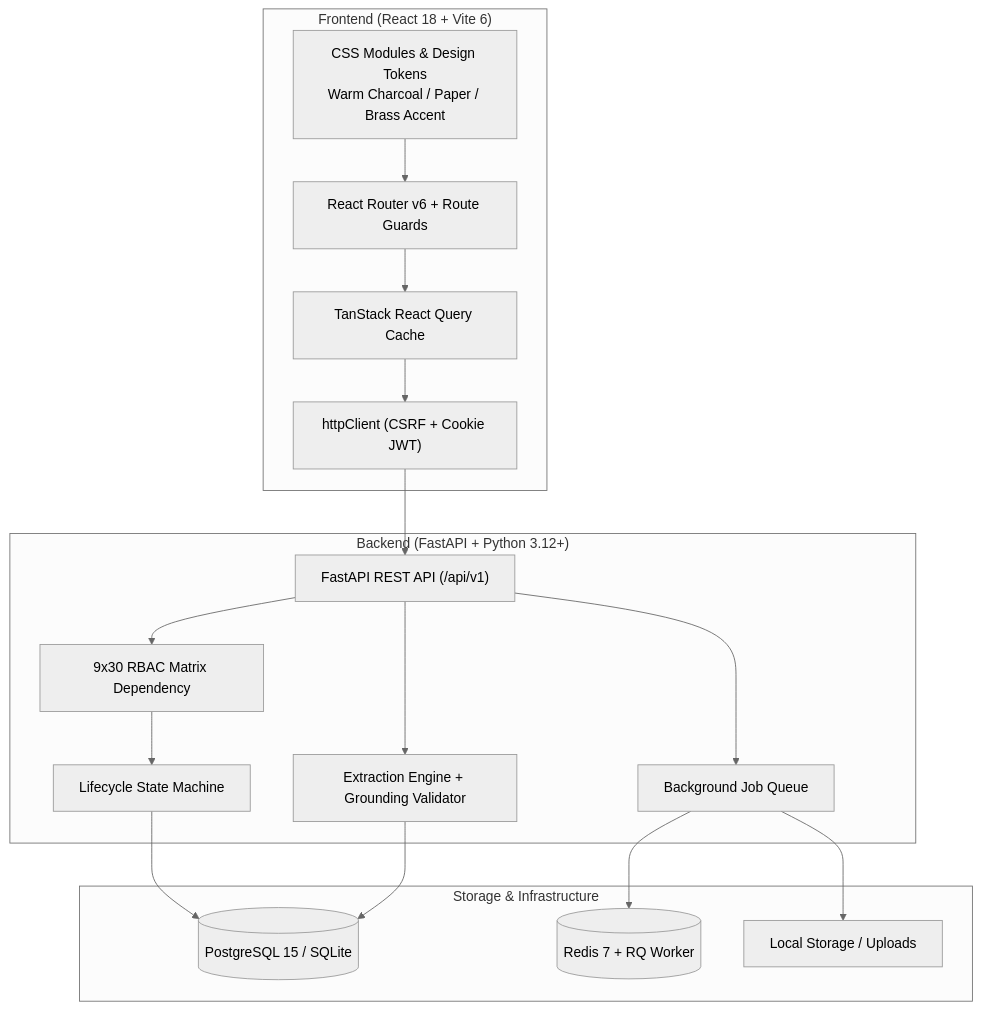
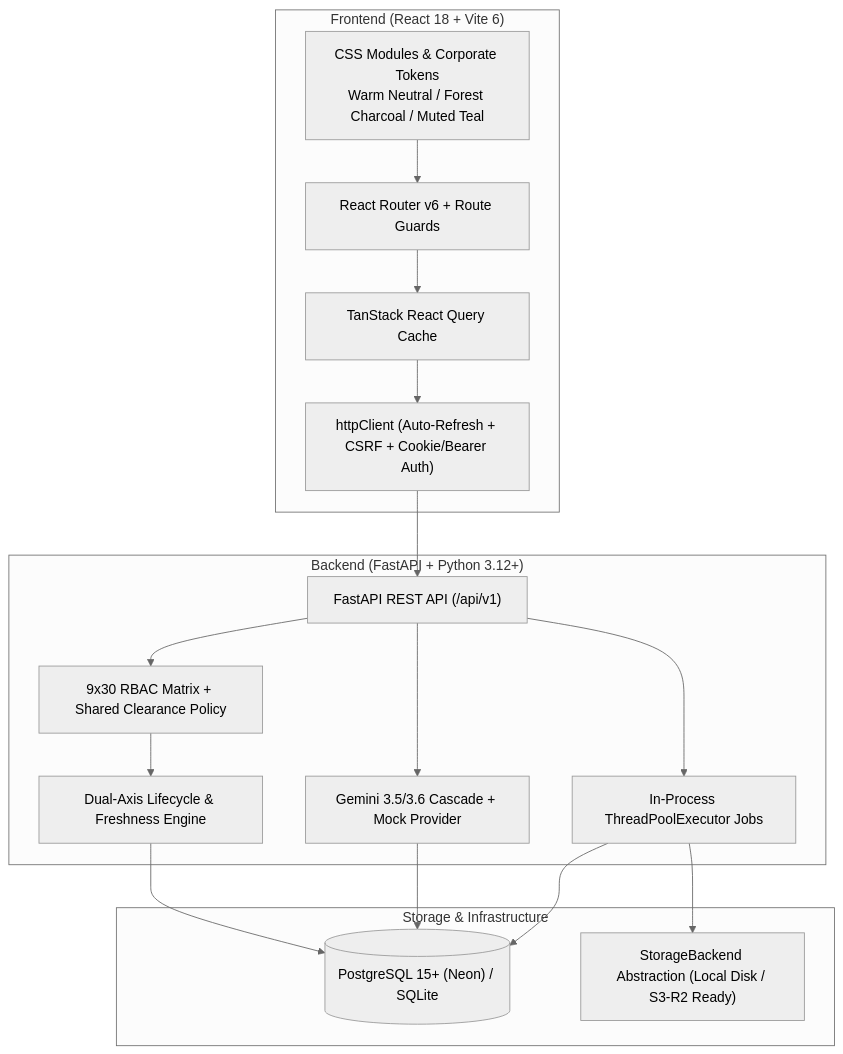
One commit to EhsaasBhalla/HandoffScope changed the diagram in README.md. Above: the diagram before and after it, drawn with Mermaid (neutral theme). The commit also changed other lines of this file and 99 other files, not shown here.

````diff
--- a/README.md
+++ b/README.md
@@ -43,29 +42,28 @@
 ```mermaid
 flowchart TD
     subgraph Frontend["Frontend (React 18 + Vite 6)"]
-        UI["CSS Modules & Design Tokens<br/>Warm Charcoal / Paper / Brass Accent"]
+        UI["CSS Modules & Corporate Tokens<br/>Warm Neutral / Forest Charcoal / Muted Teal"]
         Router["React Router v6 + Route Guards"]
         Query["TanStack React Query Cache"]
-        Client["httpClient (CSRF + Cookie JWT)"]
+        Client["httpClient (Auto-Refresh + CSRF + Cookie/Bearer Auth)"]
     end
 
     subgraph Backend["Backend (FastAPI + Python 3.12+)"]
         API["FastAPI REST API (/api/v1)"]
-        RBAC["9x30 RBAC Matrix Dependency"]
-        SM["Lifecycle State Machine"]
-        AI["Extraction Engine + Grounding Validator"]
-        Jobs["Background Job Queue"]
+        RBAC["9x30 RBAC Matrix + Shared Clearance Policy"]
+        SM["Dual-Axis Lifecycle & Freshness Engine"]
+        AI["Gemini 3.5/3.6 Cascade + Mock Provider"]
+        Jobs["In-Process ThreadPoolExecutor Jobs"]
     end
 
     subgraph Storage["Storage & Infrastructure"]
-        DB[("PostgreSQL 15 / SQLite")]
-        Queue[("Redis 7 + RQ Worker")]
-        Files["Local Storage / Uploads"]
+        DB[("PostgreSQL 15+ (Neon) / SQLite")]
+        Files["StorageBackend Abstraction (Local Disk / S3-R2 Ready)"]
     end
 
     UI --> Router --> Query --> Client --> API
     API --> RBAC --> SM --> DB
     API --> AI --> DB
-    API --> Jobs --> Queue
+    API --> Jobs --> DB
     Jobs --> Files
 ```
````
